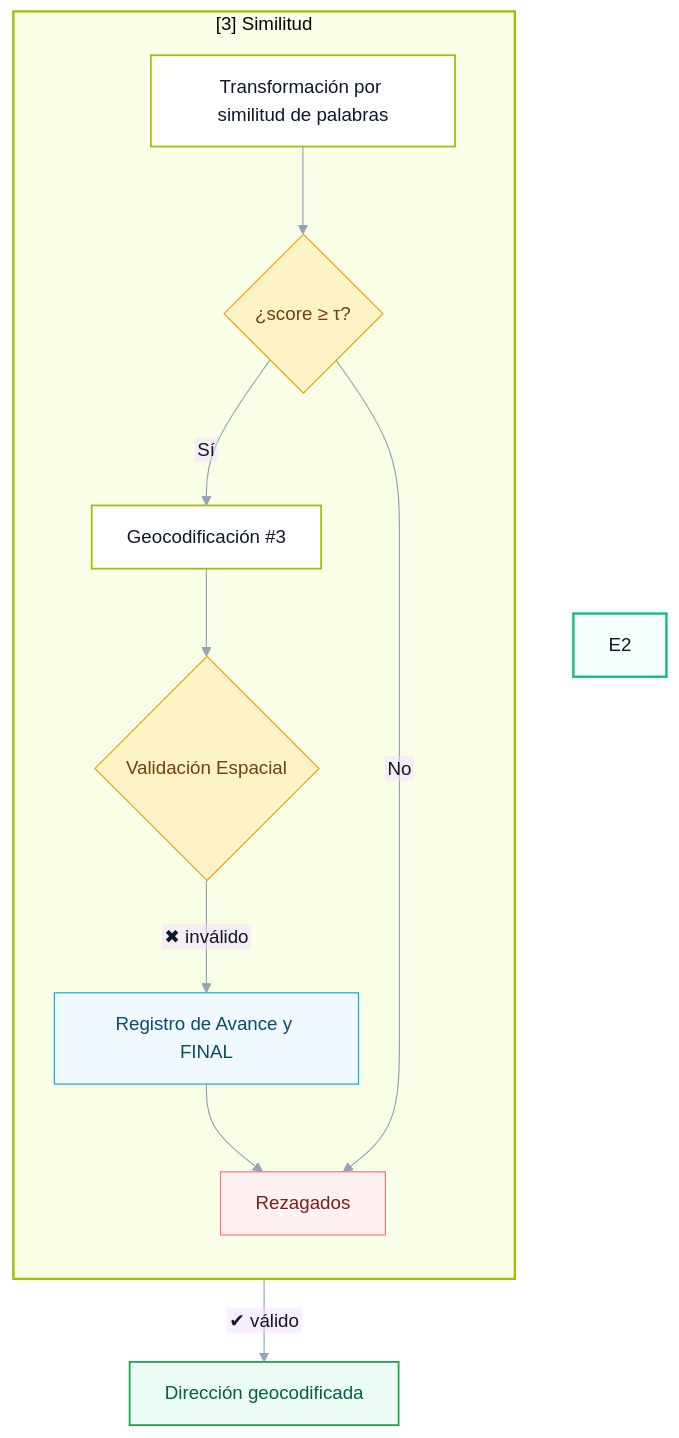
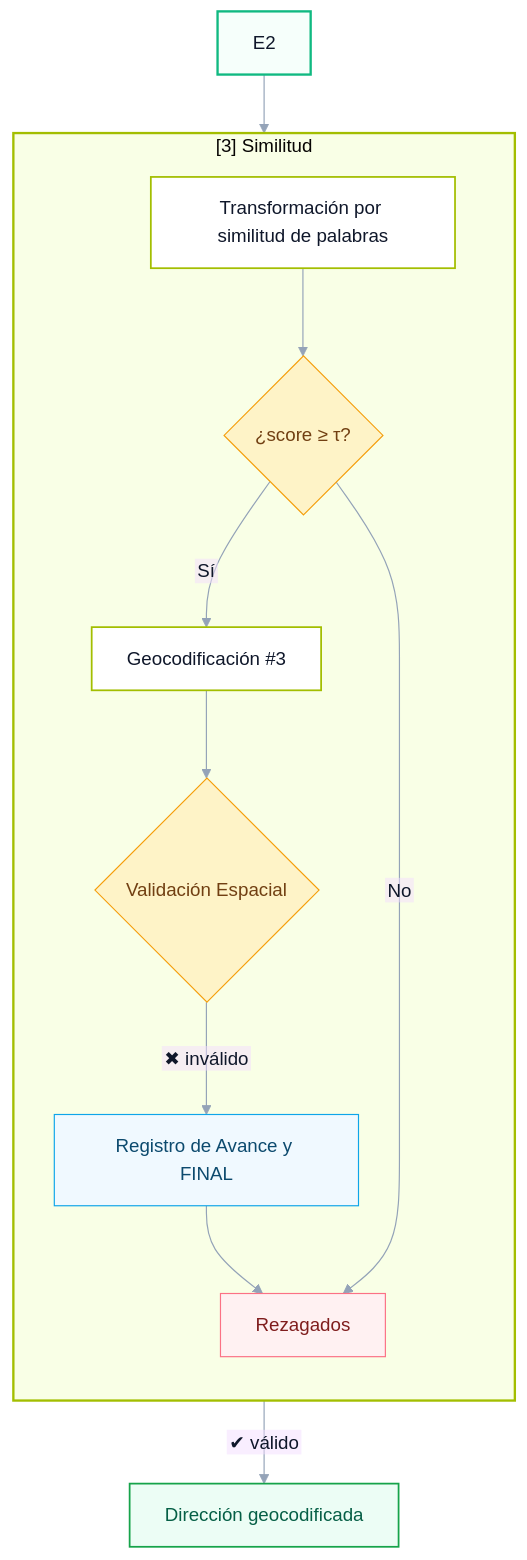
One commit to DenisSebastian/book-curso-geoanalisis-pp-2025 changed the fifth of 5 diagrams in geocode.qmd. Above: the diagram before and after it, drawn with Mermaid. The commit also changed other lines of this file and 12 other files, not shown here.

````diff
--- a/geocode.qmd
+++ b/geocode.qmd
@@ -1038,53 +1059,54 @@
 ```{mermaid}
 %%{init: {
   "theme": "base",
   "themeVariables": {
     "fontFamily": "Inter, Segoe UI, Roboto, sans-serif",
     "primaryTextColor": "#0f172a",
     "lineColor": "#94a3b8",
     "tertiaryColor": "#f8fafc"
   },
   "flowchart": { "htmlLabels": false, "curve": "basis" }
 }}%%
 
 flowchart TB
   %% ====== Definición de estilos ======
   classDef input fill:#E8F1FF,stroke:#3B82F6,stroke-width:1px,color:#0b3d91;
   classDef s0 fill:#F8FAFC,stroke:#64748B,stroke-width:1px,color:#0f172a;
   classDef s1 fill:#FFFFFF,stroke:#3B82F6,stroke-width:1.5px,color:#0f172a;
   classDef s2 fill:#FFFFFF,stroke:#10B981,stroke-width:1.5px,color:#0f172a;
   classDef s3 fill:#FFFFFF,stroke:#A3BE00,stroke-width:1.5px,color:#0f172a;
   classDef decision fill:#FEF3C7,stroke:#F59E0B,stroke-width:1px,color:#713f12;
   classDef qa fill:#F0F9FF,stroke:#0EA5E9,stroke-width:1px,color:#0c4a6e;
   classDef finish fill:#ECFDF5,stroke:#16A34A,stroke-width:1.5px,color:#065f46;
   classDef backlog fill:#FFF1F2,stroke:#FB7185,stroke-width:1px,color:#7f1d1d;
 
 
 
   %% ====== [3] Similitud ======
   subgraph S3 ["[3] Similitud"]
     direction TB
     s3a["Transformación por similitud de palabras"]:::s3
     s3t{"¿score ≥ τ?"}:::decision
     s3b["Geocodificación #3"]:::s3
     REZ["Rezagados"]:::backlog
     s3c{"Validación Espacial"}:::decision
     s3d["Registro de Avance y FINAL"]:::qa
   end
 
   %% ====== Salidas ======
   OUT["Dirección geocodificada"]:::finish
   REZ["Rezagados"]:::backlog
 
   %% ====== Flujo ======
+  E2 --> S3
   s3c -- "✔ válido" --> OUT
   s3c -- "✖ inválido" --> s3d --> REZ
   s3a --> s3t
   s3t -- "Sí" --> s3b --> s3c
   s3t -- "No" --> REZ
 
   %% ====== Estilos de subgrupos ======
   style E2 stroke:#10B981,stroke-width:2px,fill:#F6FFFB
   style S3 stroke:#A3BE00,stroke-width:2px,fill:#F9FFE6
 
 ```
````
